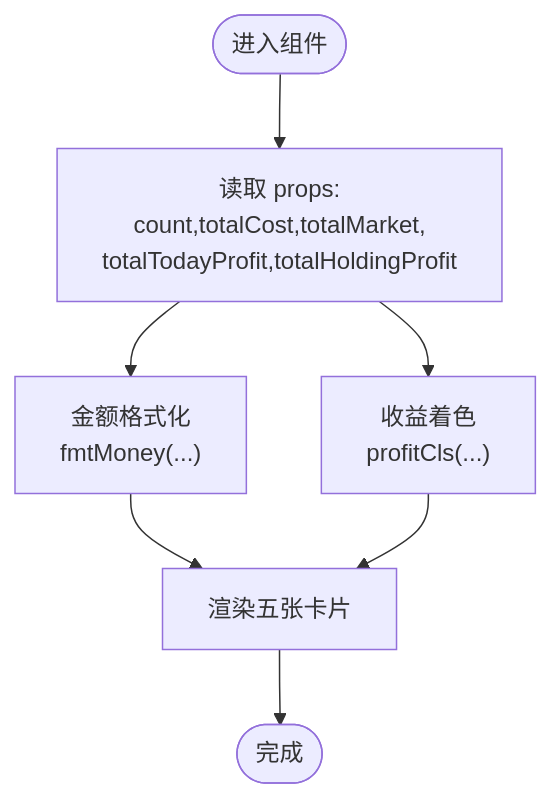
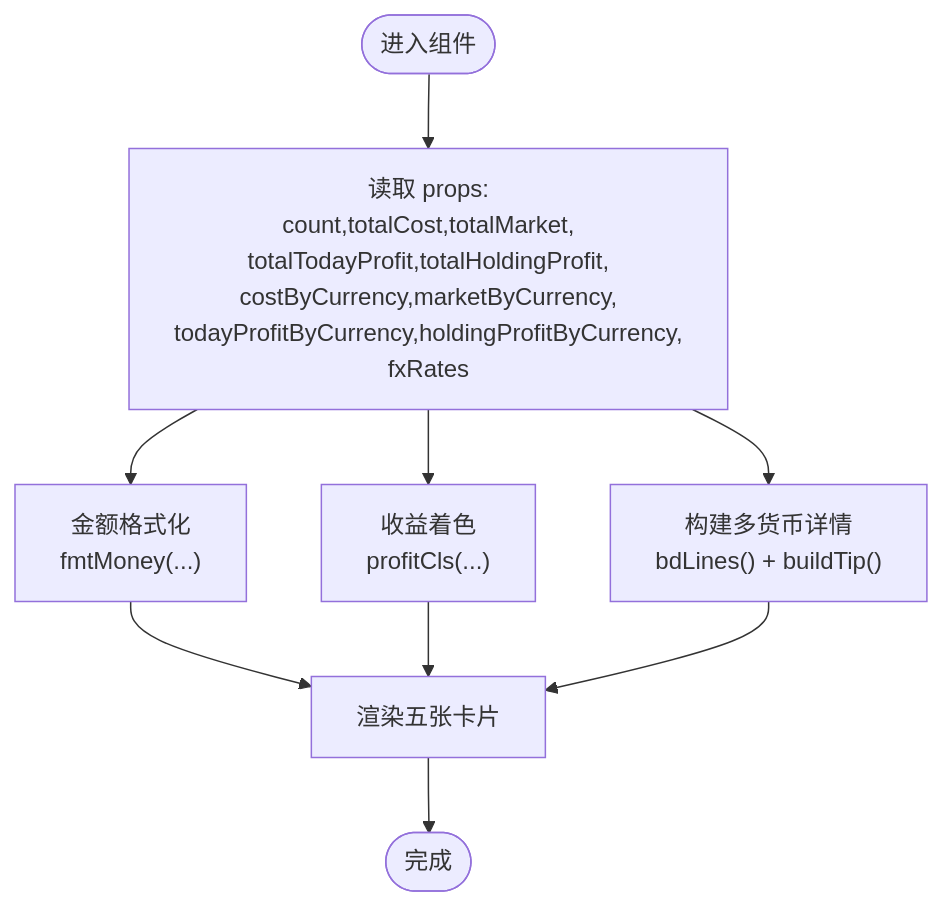
Before and after one commit to salenju/stock-advisor: the fourth of 8 diagrams in .qoder/repowiki/zh/content/前端架构/Vue组件体系/投资组合概览卡片.md, drawn with Mermaid. The commit also changed other lines of this file and 45 other files, not shown here.

````diff
--- a/.qoder/repowiki/zh/content/前端架构/Vue组件体系/投资组合概览卡片.md
+++ b/.qoder/repowiki/zh/content/前端架构/Vue组件体系/投资组合概览卡片.md
@@ -174,9 +199,11 @@
 ```mermaid
 flowchart TD
-Start(["进入组件"]) --> ReadProps["读取 props:<br/>count,totalCost,totalMarket,<br/>totalTodayProfit,totalHoldingProfit"]
+Start(["进入组件"]) --> ReadProps["读取 props:<br/>count,totalCost,totalMarket,<br/>totalTodayProfit,totalHoldingProfit,<br/>costByCurrency,marketByCurrency,<br/>todayProfitByCurrency,holdingProfitByCurrency,<br/>fxRates"]
 ReadProps --> FormatAmt["金额格式化<br/>fmtMoney(...)"]
 ReadProps --> ColorProfit["收益着色<br/>profitCls(...)"]
+ReadProps --> BuildTips["构建多货币详情<br/>bdLines() + buildTip()"]
 FormatAmt --> Render["渲染五张卡片"]
 ColorProfit --> Render
+BuildTips --> Render
 Render --> End(["完成"])
 ```
````
